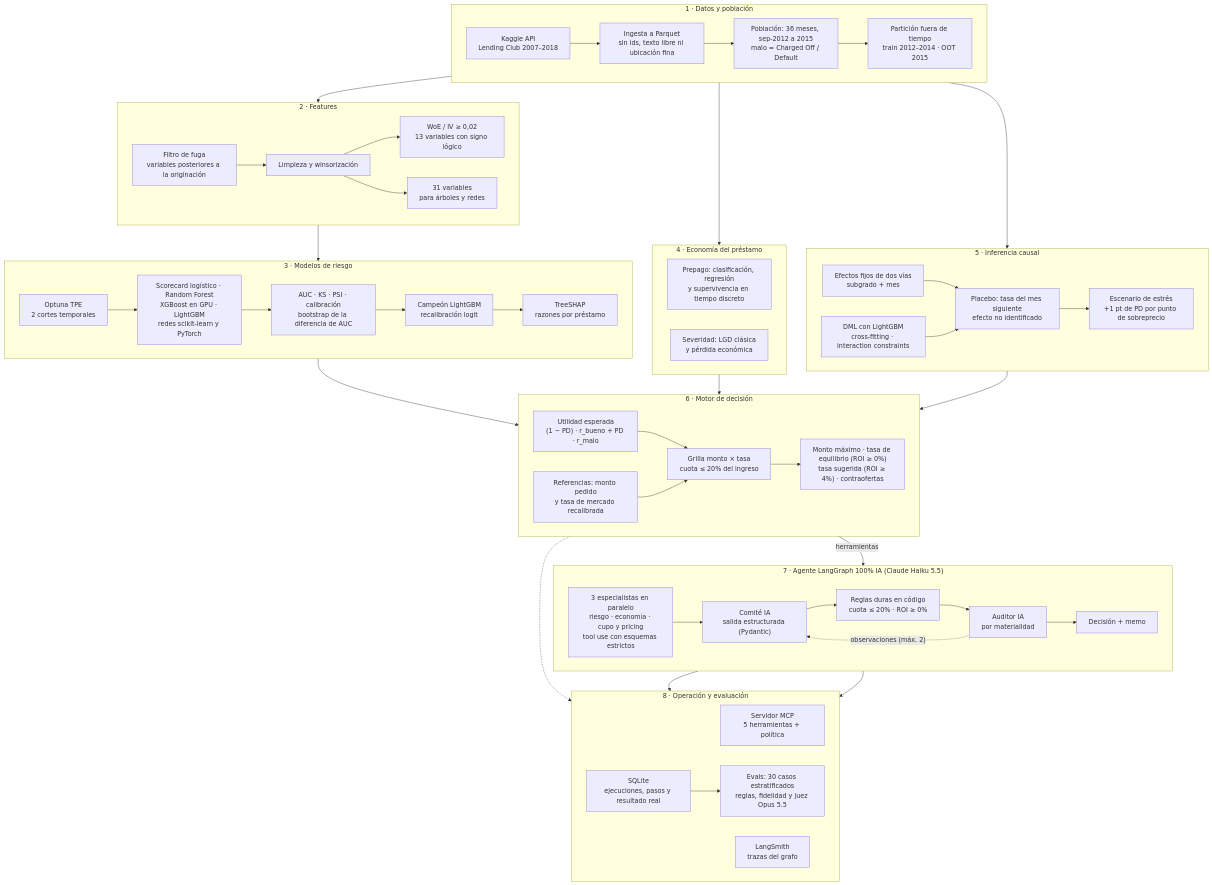
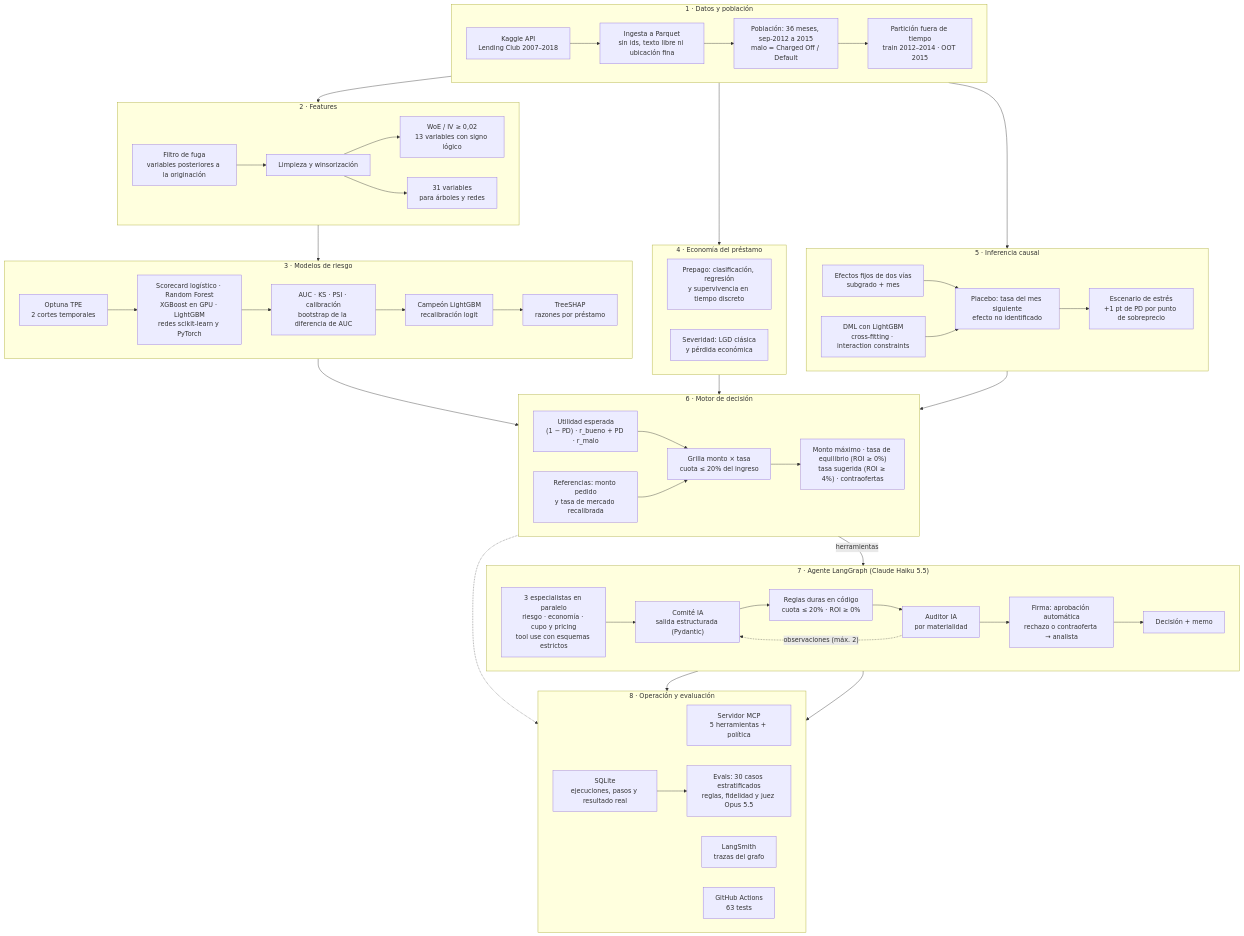
One commit to neiderolaya26/credit-risk-agent-lab changed the diagram in README.md. Above: the diagram before and after it, drawn with Mermaid. The commit also changed other lines of this file and 19 other files, not shown here.

````diff
--- a/README.md
+++ b/README.md
@@ -26,71 +44,73 @@
 ```mermaid
 flowchart TB
     subgraph DATOS["1 · Datos y población"]
         direction LR
         K["Kaggle API<br/>Lending Club 2007–2018"] --> I["Ingesta a Parquet<br/>sin ids, texto libre ni ubicación fina"]
         I --> P["Población: 36 meses, sep-2012 a 2015<br/>malo = Charged Off / Default"]
         P --> S["Partición fuera de tiempo<br/>train 2012–2014 · OOT 2015"]
     end
 
     subgraph FEAT["2 · Features"]
         direction LR
         F1["Filtro de fuga<br/>variables posteriores a la originación"] --> F2["Limpieza y winsorización"]
         F2 --> F3["WoE / IV ≥ 0,02<br/>13 variables con signo lógico"]
         F2 --> F4["31 variables<br/>para árboles y redes"]
     end
 
     subgraph RIESGO["3 · Modelos de riesgo"]
         direction LR
         OPT["Optuna TPE<br/>2 cortes temporales"] --> MODS["Scorecard logístico · Random Forest<br/>XGBoost en GPU · LightGBM<br/>redes scikit-learn y PyTorch"]
         MODS --> EV["AUC · KS · PSI · calibración<br/>bootstrap de la diferencia de AUC"]
         EV --> CH["Campeón LightGBM<br/>recalibración logit"]
         CH --> SH["TreeSHAP<br/>razones por préstamo"]
     end
 
     subgraph ECON["4 · Economía del préstamo"]
         direction LR
         PRE["Prepago: clasificación, regresión<br/>y supervivencia en tiempo discreto"]
         SEV["Severidad: LGD clásica<br/>y pérdida económica"]
     end
 
     subgraph CAUSAL["5 · Inferencia causal"]
         direction LR
         C1["Efectos fijos de dos vías<br/>subgrado + mes"] --> C3["Placebo: tasa del mes siguiente<br/>efecto no identificado"]
         C2["DML con LightGBM<br/>cross-fitting · interaction constraints"] --> C3
         C3 --> C4["Escenario de estrés<br/>+1 pt de PD por punto de sobreprecio"]
     end
 
     subgraph MOTOR["6 · Motor de decisión"]
         direction LR
         U["Utilidad esperada<br/>(1 − PD) · r_bueno + PD · r_malo"] --> G["Grilla monto × tasa<br/>cuota ≤ 20% del ingreso"]
         REF["Referencias: monto pedido<br/>y tasa de mercado recalibrada"] --> G
         G --> T["Monto máximo · tasa de equilibrio (ROI ≥ 0%)<br/>tasa sugerida (ROI ≥ 4%) · contraofertas"]
     end
 
-    subgraph AGENTE["7 · Agente LangGraph 100% IA (Claude Haiku 5.5)"]
+    subgraph AGENTE["7 · Agente LangGraph (Claude Haiku 5.5)"]
         direction LR
         ESP["3 especialistas en paralelo<br/>riesgo · economía · cupo y pricing<br/>tool use con esquemas estrictos"] --> COM["Comité IA<br/>salida estructurada (Pydantic)"]
         COM --> RD["Reglas duras en código<br/>cuota ≤ 20% · ROI ≥ 0%"]
         RD --> AUD["Auditor IA<br/>por materialidad"]
         AUD -. "observaciones (máx. 2)" .-> COM
-        AUD --> MEMO["Decisión + memo"]
+        AUD --> FIR["Firma: aprobación automática<br/>rechazo o contraoferta → analista"]
+        FIR --> MEMO["Decisión + memo"]
     end
 
     subgraph OPS["8 · Operación y evaluación"]
         direction LR
         MCP["Servidor MCP<br/>5 herramientas + política"]
         REG["SQLite<br/>ejecuciones, pasos y resultado real"] --> EVA["Evals: 30 casos estratificados<br/>reglas, fidelidad y juez Opus 5.5"]
         LS["LangSmith<br/>trazas del grafo"]
+        CI["GitHub Actions<br/>63 tests"]
     end
 
     DATOS --> FEAT --> RIESGO
     DATOS --> ECON
     DATOS --> CAUSAL
     RIESGO --> MOTOR
     ECON --> MOTOR
     CAUSAL --> MOTOR
     MOTOR -- "herramientas" --> AGENTE
     MOTOR -.-> MCP
     MEMO --> REG
     MEMO --> LS
 ```
````
